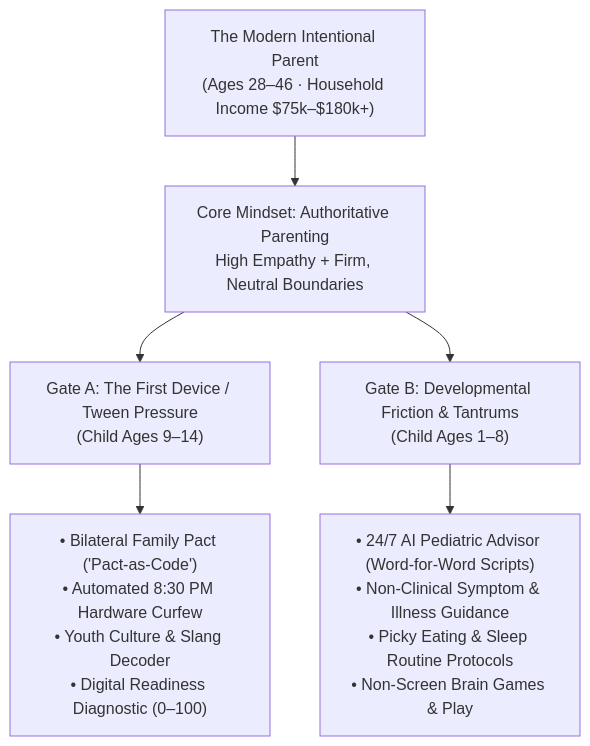
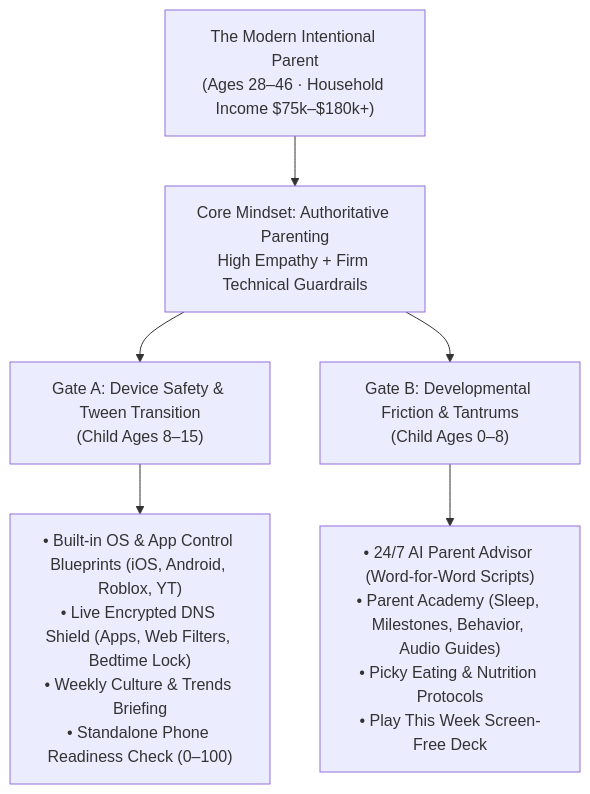
The diagram in docs/IDEAL_CUSTOMER_PROFILE.md (Souheil007/AlongSide), drawn with Mermaid before and after one commit. The commit also changed other lines of this file and 9 other files, not shown here.

````diff
--- a/docs/IDEAL_CUSTOMER_PROFILE.md
+++ b/docs/IDEAL_CUSTOMER_PROFILE.md
@@ -16,10 +16,10 @@
 ```mermaid
 graph TD
     Parent["The Modern Intentional Parent<br/>(Ages 28–46 · Household Income $75k–$180k+)"]
-    Parent --> Values["Core Mindset: Authoritative Parenting<br/>High Empathy + Firm, Neutral Boundaries"]
-    Values --> GateA["Gate A: The First Device / Tween Pressure<br/>(Child Ages 9–14)"]
-    Values --> GateB["Gate B: Developmental Friction & Tantrums<br/>(Child Ages 1–8)"]
+    Parent --> Values["Core Mindset: Authoritative Parenting<br/>High Empathy + Firm Technical Guardrails"]
+    Values --> GateA["Gate A: Device Safety & Tween Transition<br/>(Child Ages 8–15)"]
+    Values --> GateB["Gate B: Developmental Friction & Tantrums<br/>(Child Ages 0–8)"]
     
-    GateA --> SolA["• Bilateral Family Pact ('Pact-as-Code')<br/>• Automated 8:30 PM Hardware Curfew<br/>• Youth Culture & Slang Decoder<br/>• Digital Readiness Diagnostic (0–100)"]
-    GateB --> SolB["• 24/7 AI Pediatric Advisor (Word-for-Word Scripts)<br/>• Non-Clinical Symptom & Illness Guidance<br/>• Picky Eating & Sleep Routine Protocols<br/>• Non-Screen Brain Games & Play"]
+    GateA --> SolA["• Built-in OS & App Control Blueprints (iOS, Android, Roblox, YT)<br/>• Live Encrypted DNS Shield (Apps, Web Filters, Bedtime Lock)<br/>• Weekly Culture & Trends Briefing<br/>• Standalone Phone Readiness Check (0–100)"]
+    GateB --> SolB["• 24/7 AI Parent Advisor (Word-for-Word Scripts)<br/>• Parent Academy (Sleep, Milestones, Behavior, Audio Guides)<br/>• Picky Eating & Nutrition Protocols<br/>• Play This Week Screen-Free Deck"]
 ```
````
